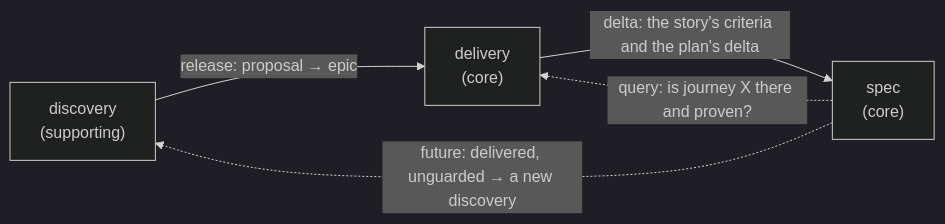
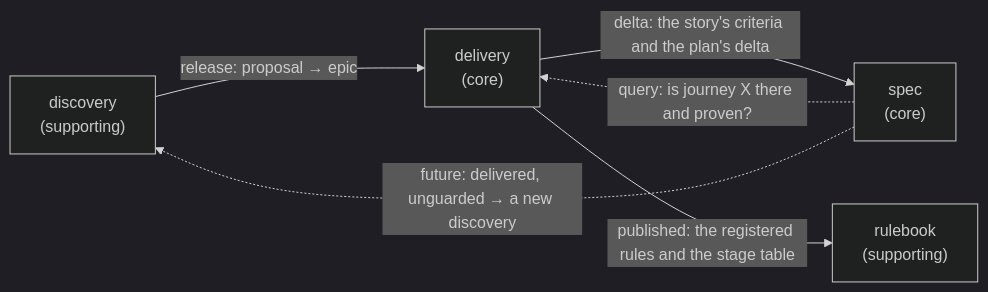
One commit to domain-centric-development/dca-marketplace changed the diagram in plugins/dca-factory/docs/context-map.md. Above: the diagram before and after it, drawn with Mermaid (dark theme). The commit also changed other lines of this file and 57 other files, not shown here.

````diff
--- a/plugins/dca-factory/docs/context-map.md
+++ b/plugins/dca-factory/docs/context-map.md
@@ -6,7 +6,8 @@
 ```mermaid
 flowchart LR
     discovery["discovery<br/>(supporting)"] -- "release: proposal → epic" --> delivery["delivery<br/>(core)"]
     delivery -- "delta: the story's criteria and the plan's delta" --> spec["spec<br/>(core)"]
     spec -. "query: is journey X there and proven?" .-> delivery
     spec -. "future: delivered, unguarded → a new discovery" .-> discovery
+    delivery -- "published: the registered rules and the stage table" --> rulebook["rulebook<br/>(supporting)"]
 ```
````
